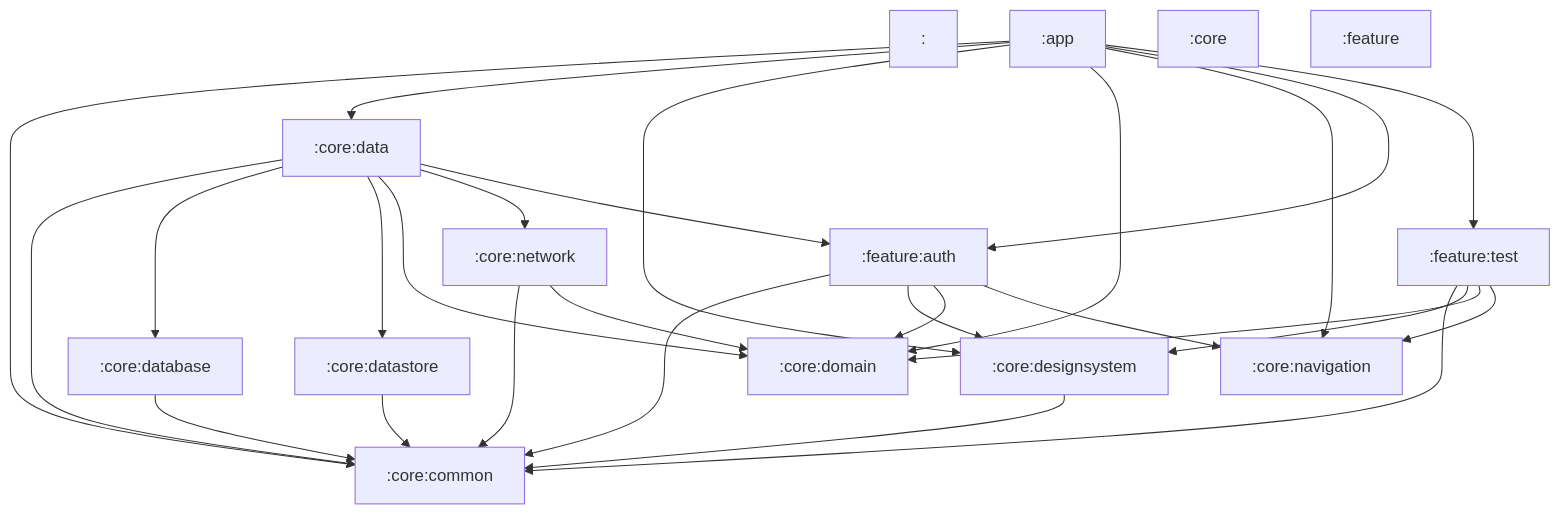
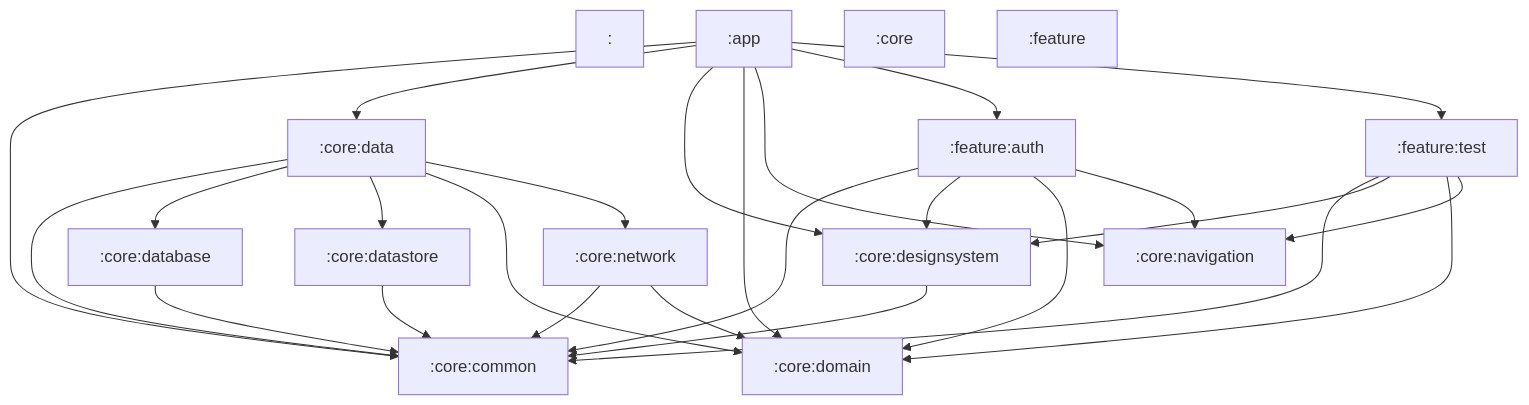
One commit to kkh725/Multi_Module_Template changed the diagram in docs/module-deps.md. Above: the diagram before and after it, drawn with Mermaid.

Commit message:
[ci] update module dependency graph [ci skip]

````diff
--- a/docs/module-deps.md
+++ b/docs/module-deps.md
@@ -1,43 +1,42 @@
 ```mermaid
 graph TD
     _[":"]
     _app[":app"]
     _app --> _core_common
     _app --> _core_data
     _app --> _core_designsystem
     _app --> _core_domain
     _app --> _core_navigation
     _app --> _feature_auth
     _app --> _feature_test
     _core[":core"]
     _core_common[":core:common"]
     _core_data[":core:data"]
     _core_data --> _core_common
     _core_data --> _core_database
     _core_data --> _core_datastore
     _core_data --> _core_domain
     _core_data --> _core_network
-    _core_data --> _feature_auth
     _core_database[":core:database"]
     _core_database --> _core_common
     _core_datastore[":core:datastore"]
     _core_datastore --> _core_common
     _core_designsystem[":core:designsystem"]
     _core_designsystem --> _core_common
     _core_domain[":core:domain"]
     _core_navigation[":core:navigation"]
     _core_network[":core:network"]
     _core_network --> _core_common
     _core_network --> _core_domain
     _feature[":feature"]
     _feature_auth[":feature:auth"]
     _feature_auth --> _core_common
     _feature_auth --> _core_designsystem
     _feature_auth --> _core_domain
     _feature_auth --> _core_navigation
     _feature_test[":feature:test"]
     _feature_test --> _core_common
     _feature_test --> _core_designsystem
     _feature_test --> _core_domain
     _feature_test --> _core_navigation
 ```
````
